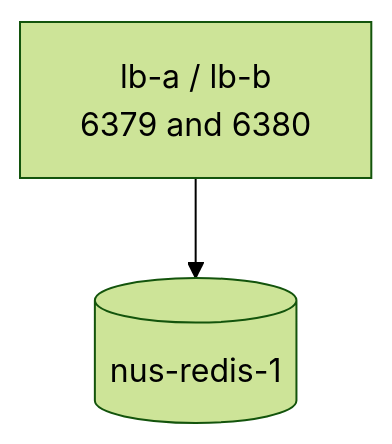
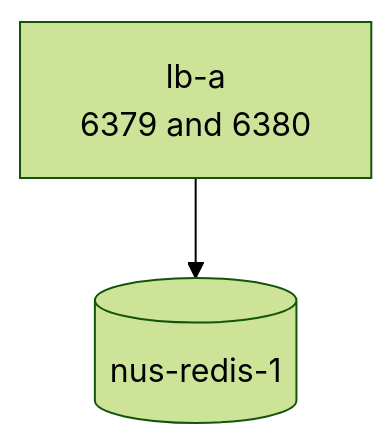
One commit to bahman-farhadian/Meanul-Data-Studio changed the seventh of 9 diagrams in README.md. Above: the diagram before and after it, drawn with Mermaid (forest theme). The commit also changed other lines of this file and 18 other files, not shown here.

````diff
--- a/README.md
+++ b/README.md
@@ -368,7 +365,7 @@
 ```mermaid
 graph TB
-    HAP["lb-a / lb-b<br/>6379 and 6380"]
+    HAP["lb-a<br/>6379 and 6380"]
     R[("nus-redis-1")]
 
     HAP --> R
 ```
````
